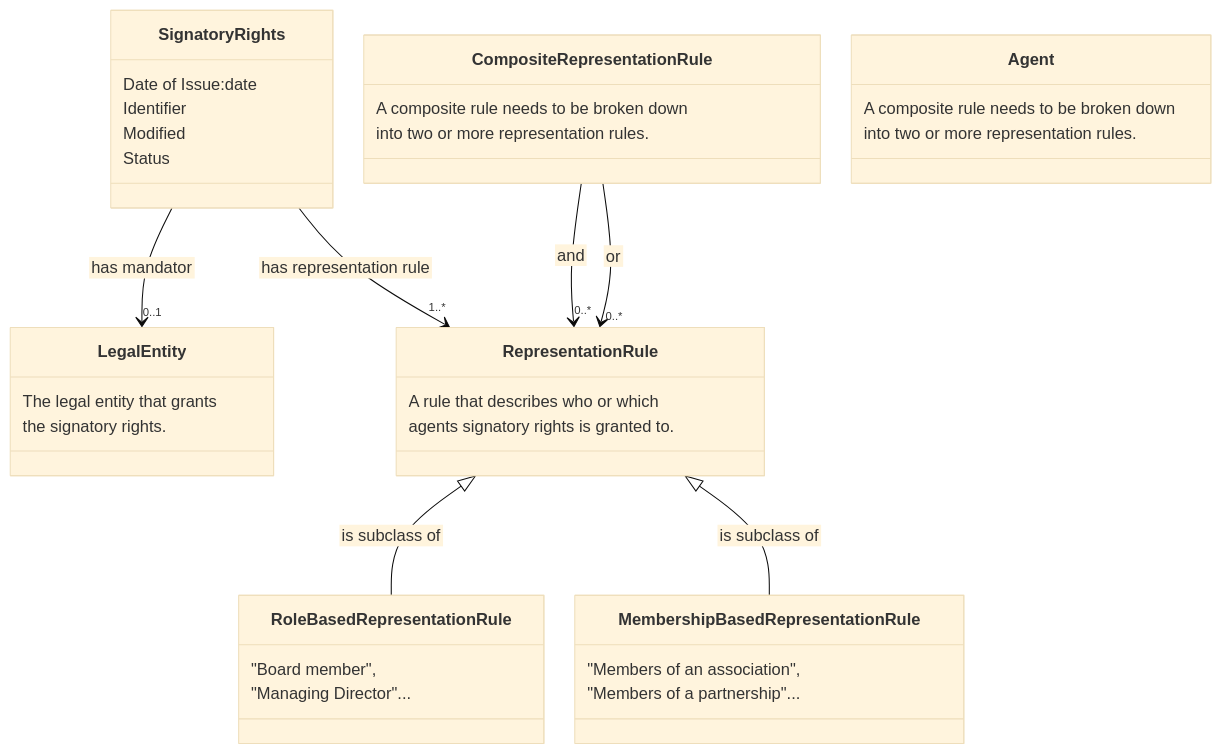
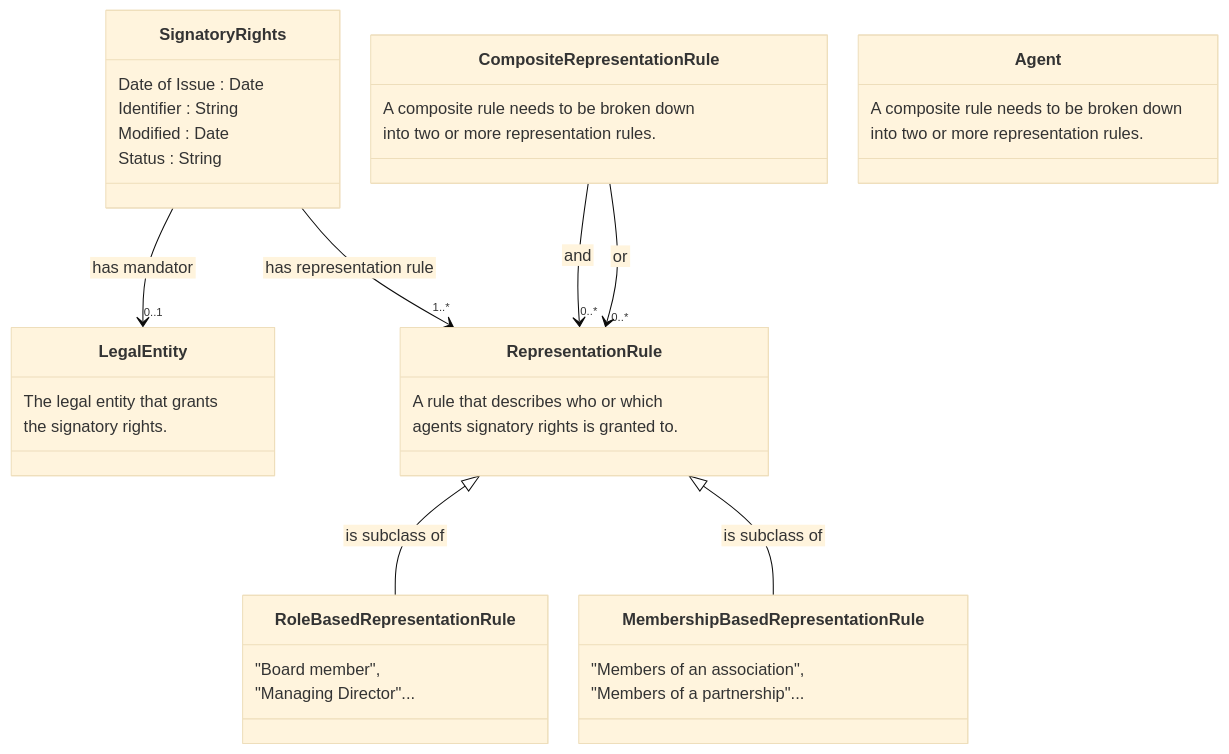
The second of 2 diagrams in README.md (nordicsmartgovernment/Nordic-Signatory-Rights-Model), drawn with Mermaid (base theme) before and after one commit.

````diff
--- a/README.md
+++ b/README.md
@@ -66,49 +66,49 @@
 ```mermaid
  %%{init:{'flowchart':{'nodeSpacing': 30, 'rankSpacing': 95, 'htmlLabels': false}}}%%
     classDiagram
         Representation Rule <|-- Role Based Representation Rule : is subclass of
         Representation Rule <|-- Membership Based Representation Rule : is subclass of
 
         class Signatory Rights {
-            Date of Issue:date
-            Identifier
-            Modified
-            Status
+            Date of Issue : Date
+            Identifier : String
+            Modified : Date
+            Status : String
         }
 
         Signatory Rights --> "0..1" Legal Entity : has mandator
         Signatory Rights --> "1..*" Representation Rule : has representation rule
 
         class Legal Entity {
            The legal entity that grants
            the signatory rights.
         }
 
         class Representation Rule {
            A rule that describes who or which
            agents signatory rights is granted to.
         }
 
         class Role Based Representation Rule {
            "Board member",
            "Managing Director"...
         }
 
         class Membership Based Representation Rule {
            "Members of an association",
            "Members of a partnership"...
         }
 
         class Composite Representation Rule {
            A composite rule needs to be broken down
            into two or more representation rules.
         }
 
         Composite Representation Rule --> "0..*" Representation Rule : and
         Composite Representation Rule --> "0..*" Representation Rule : or
 
         class Agent {
            A composite rule needs to be broken down
            into two or more representation rules.
         }
 ```
````
